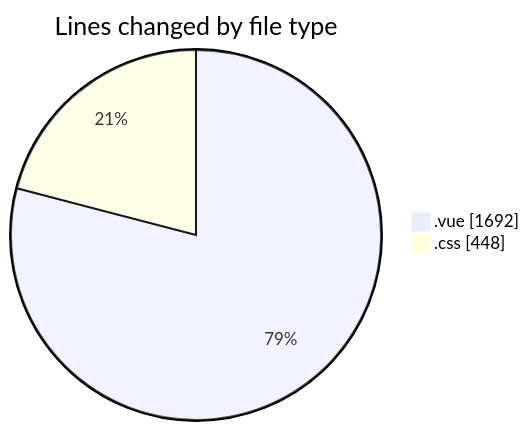
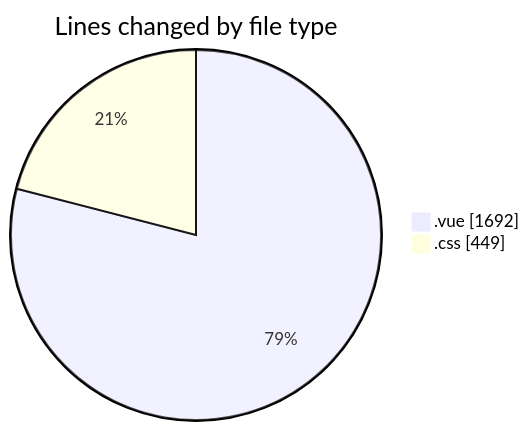
The first of 2 diagrams in 2025-08-10/rentotp/README.md (lephambinh05/code-tracking), drawn with Mermaid before and after one commit. The commit also changed other lines of this file and 1 other file, not shown here.

````diff
--- a/2025-08-10/rentotp/README.md
+++ b/2025-08-10/rentotp/README.md
@@ -24,6 +24,6 @@
 ```mermaid
 pie showData
 title Lines changed by file type
 ".vue" : 1692
-".css" : 448
+".css" : 449
 ```
````
